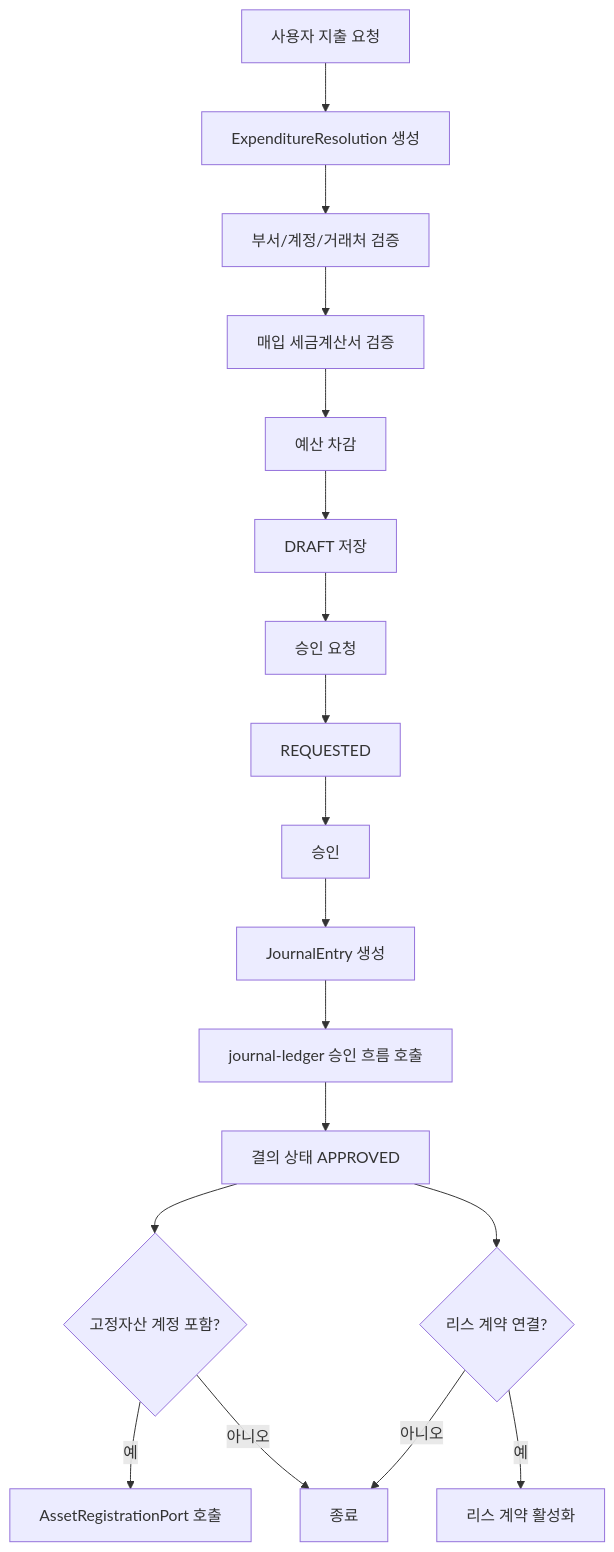
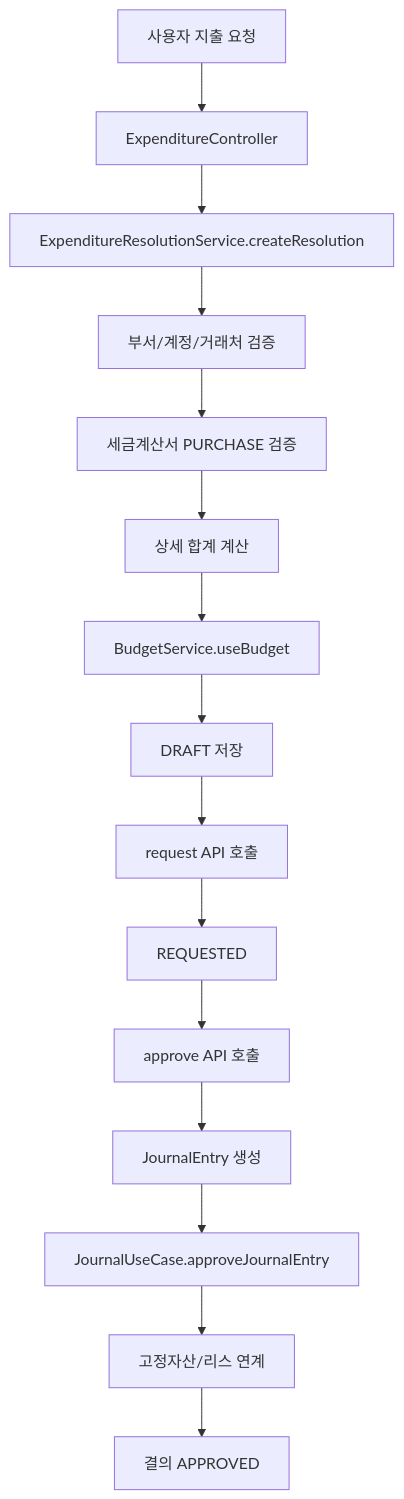
One commit to skyg547/account changed the first of 2 diagrams in expenditure-resolution/docs/process-flow.md. Above: the diagram before and after it, drawn with Mermaid. The commit also changed other lines of this file and 97 other files, not shown here.

````diff
--- a/expenditure-resolution/docs/process-flow.md
+++ b/expenditure-resolution/docs/process-flow.md
@@ -18,20 +19,19 @@
 ```mermaid
 flowchart TD
-    A[사용자 지출 요청] --> B[ExpenditureResolution 생성]
-    B --> C[부서/계정/거래처 검증]
-    C --> D[매입 세금계산서 검증]
-    D --> E[예산 차감]
-    E --> F[DRAFT 저장]
-    F --> G[승인 요청]
-    G --> H[REQUESTED]
-    H --> I[승인]
-    I --> J[JournalEntry 생성]
-    J --> K[journal-ledger 승인 흐름 호출]
-    K --> L[결의 상태 APPROVED]
-    L --> M{고정자산 계정 포함?}
-    M -->|예| N[AssetRegistrationPort 호출]
-    M -->|아니오| O[종료]
-    L --> P{리스 계약 연결?}
-    P -->|예| Q[리스 계약 활성화]
-    P -->|아니오| O
+    A[사용자 지출 요청] --> B[ExpenditureController]
+    B --> C[ExpenditureResolutionService.createResolution]
+    C --> D[부서/계정/거래처 검증]
+    D --> E[세금계산서 PURCHASE 검증]
+    E --> F[상세 합계 계산]
+    F --> G[BudgetService.useBudget]
+    G --> H[DRAFT 저장]
+
+    H --> I[request API 호출]
+    I --> J[REQUESTED]
+
+    J --> K[approve API 호출]
+    K --> L[JournalEntry 생성]
+    L --> M[JournalUseCase.approveJournalEntry]
+    M --> N[고정자산/리스 연계]
+    N --> O[결의 APPROVED]
 ```
````
